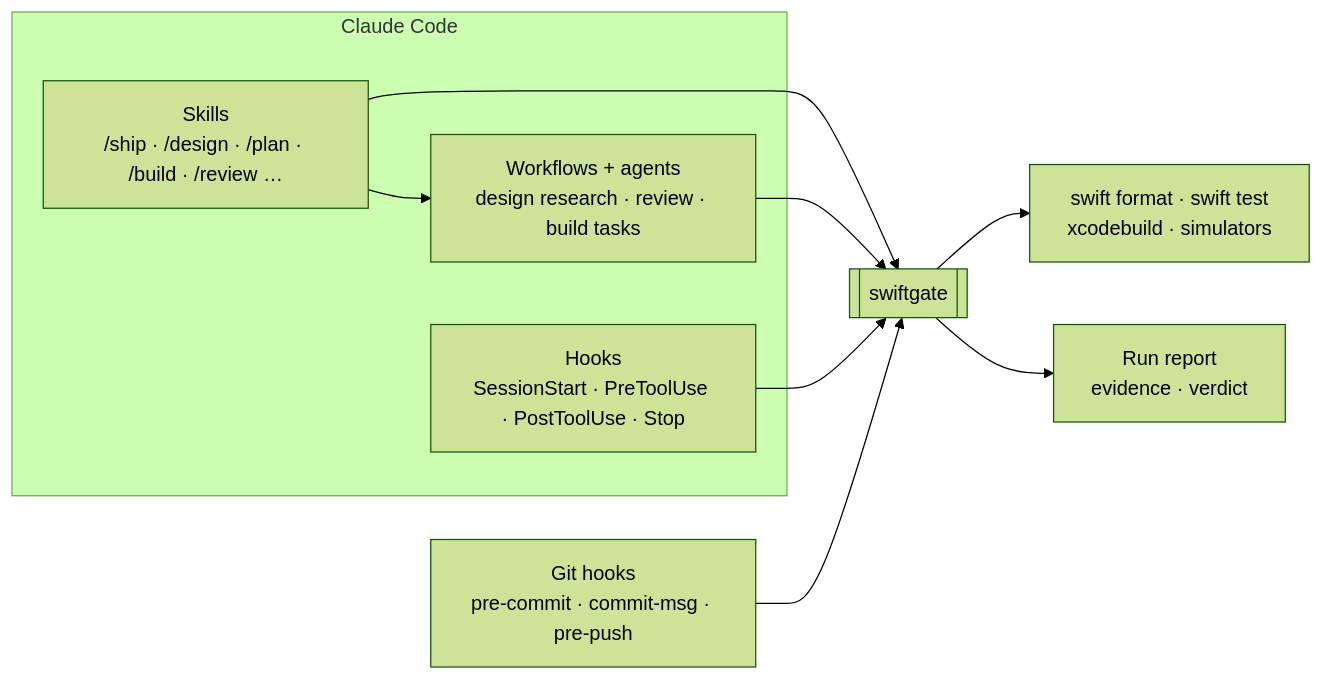
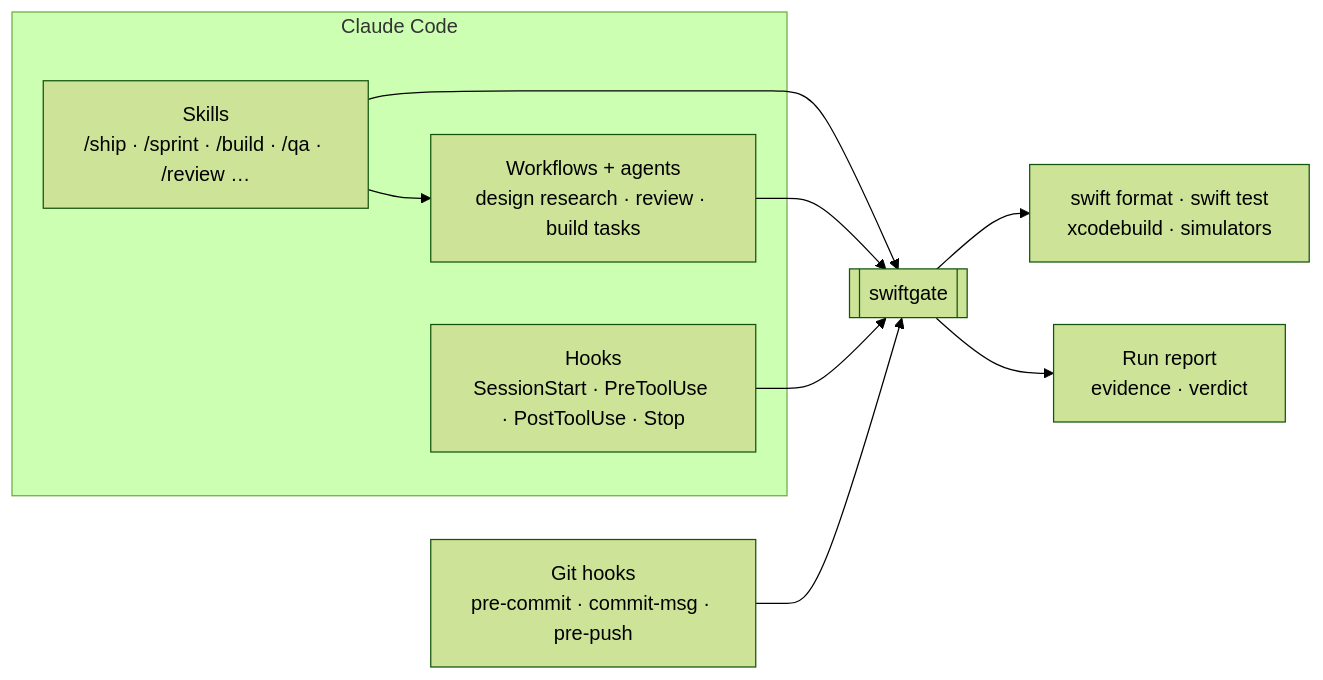
One commit to calube/swift-harness changed the diagram in README.md. Above: the diagram before and after it, drawn with Mermaid (forest theme). The commit also changed other lines of this file and 1 other file, not shown here.

````diff
--- a/README.md
+++ b/README.md
@@ -22,16 +26,16 @@
 ```mermaid
 flowchart LR
   subgraph Claude Code
-    SK[Skills<br/>/ship · /design · /plan · /build · /review …]
+    SK[Skills<br/>/ship · /sprint · /build · /qa · /review …]
     WF[Workflows + agents<br/>design research · review · build tasks]
     HK[Hooks<br/>SessionStart · PreToolUse · PostToolUse · Stop]
   end
   GIT[Git hooks<br/>pre-commit · commit-msg · pre-push]
   SK --> WF
   SK --> G
   WF --> G
   HK --> G
   GIT --> G
   G[[swiftgate]] --> T[swift format · swift test<br/>xcodebuild · simulators]
   G --> R[Run report<br/>evidence · verdict]
 ```
````
